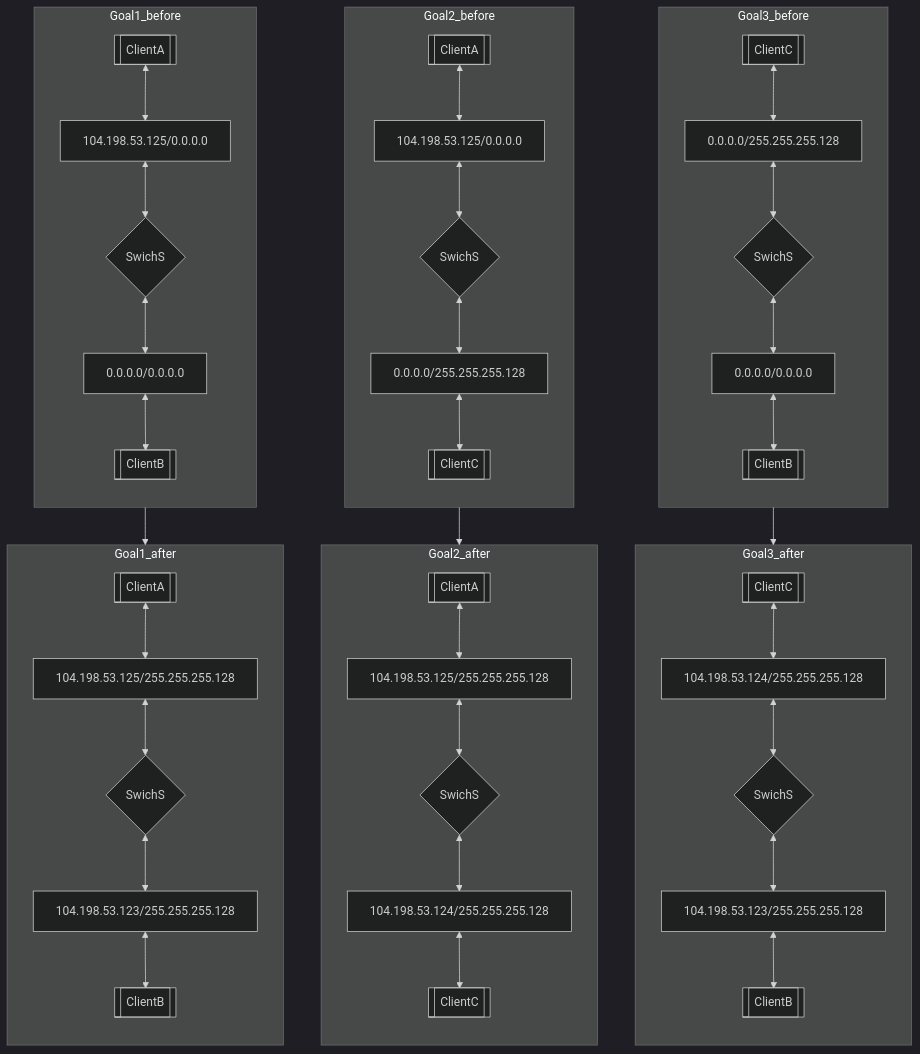
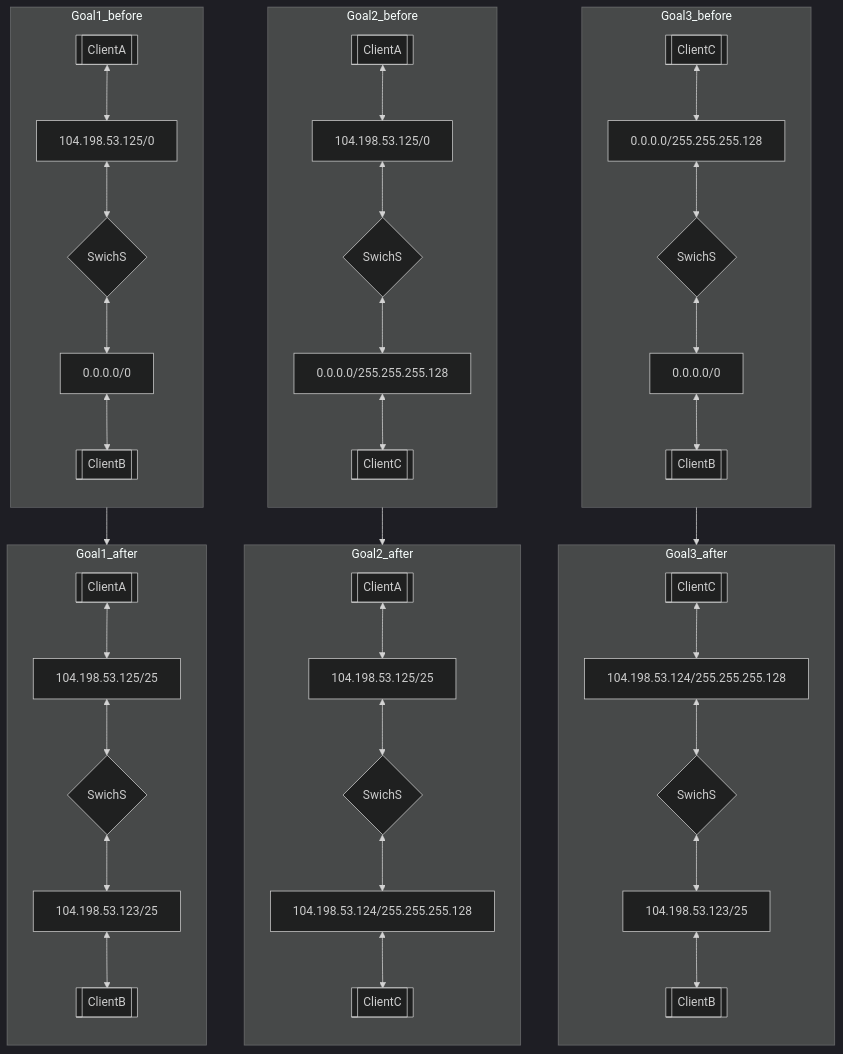
The second of 2 diagrams in level3.md (rikeda-cloud/net_practice), drawn with Mermaid before and after one commit. The commit also changed 4 other files, not shown here.

````diff
--- a/level3.md
+++ b/level3.md
@@ -32,67 +32,67 @@
 ```mermaid
 %%{init:{'theme': 'dark'}}%%
 flowchart
 Goal3_before-->Goal3_after
 subgraph Goal3_before
     direction TB
     G3_BE_CL_C[[ClientC]]
     G3_BE_CL_B[[ClientB]]
     G3_BE_IF_C[0.0.0.0/255.255.255.128]
-    G3_BE_IF_B[0.0.0.0/0.0.0.0]
+    G3_BE_IF_B[0.0.0.0/0]
     G3_BE_S{SwichS}
     G3_BE_CL_C<-->G3_BE_IF_C<-->G3_BE_S<-->G3_BE_IF_B<-->G3_BE_CL_B
 end
 
 subgraph Goal3_after
     direction TB
     G3_AF_CL_C[[ClientC]]
     G3_AF_CL_B[[ClientB]]
     G3_AF_IF_C[104.198.53.124/255.255.255.128]
-    G3_AF_IF_B[104.198.53.123/255.255.255.128]
+    G3_AF_IF_B[104.198.53.123/25]
     G3_AF_S{SwichS}
     G3_AF_CL_C<-->G3_AF_IF_C<-->G3_AF_S<-->G3_AF_IF_B<-->G3_AF_CL_B
 end
 
 Goal2_before-->Goal2_after
 subgraph Goal2_before
     direction TB
     G2_BE_CL_A[[ClientA]]
     G2_BE_CL_C[[ClientC]]
-    G2_BE_IF_A[104.198.53.125/0.0.0.0]
+    G2_BE_IF_A[104.198.53.125/0]
     G2_BE_IF_C[0.0.0.0/255.255.255.128]
     G2_BE_S{SwichS}
     G2_BE_CL_A<-->G2_BE_IF_A<-->G2_BE_S<-->G2_BE_IF_C<-->G2_BE_CL_C
 end
 
 subgraph Goal2_after
     direction TB
     G2_AF_CL_A[[ClientA]]
     G2_AF_CL_C[[ClientC]]
-    G2_AF_IF_A[104.198.53.125/255.255.255.128]
+    G2_AF_IF_A[104.198.53.125/25]
     G2_AF_IF_C[104.198.53.124/255.255.255.128]
     G2_AF_S{SwichS}
     G2_AF_CL_A<-->G2_AF_IF_A<-->G2_AF_S<-->G2_AF_IF_C<-->G2_AF_CL_C
 end
 
 
 Goal1_before-->Goal1_after
 subgraph Goal1_before
     direction TB
     G1_BE_CL_A[[ClientA]]
     G1_BE_CL_B[[ClientB]]
-    G1_BE_IF_A[104.198.53.125/0.0.0.0]
-    G1_BE_IF_B[0.0.0.0/0.0.0.0]
+    G1_BE_IF_A[104.198.53.125/0]
+    G1_BE_IF_B[0.0.0.0/0]
     G1_BE_S{SwichS}
     G1_BE_CL_A<-->G1_BE_IF_A<-->G1_BE_S<-->G1_BE_IF_B<-->G1_BE_CL_B
 end
 
 subgraph Goal1_after
     direction TB
     G1_AF_CL_A[[ClientA]]
     G1_AF_CL_B[[ClientB]]
-    G1_AF_IF_A[104.198.53.125/255.255.255.128]
-    G1_AF_IF_B[104.198.53.123/255.255.255.128]
+    G1_AF_IF_A[104.198.53.125/25]
+    G1_AF_IF_B[104.198.53.123/25]
     G1_AF_S{SwichS}
     G1_AF_CL_A<-->G1_AF_IF_A<-->G1_AF_S<-->G1_AF_IF_B<-->G1_AF_CL_B
 end
 ```
````
